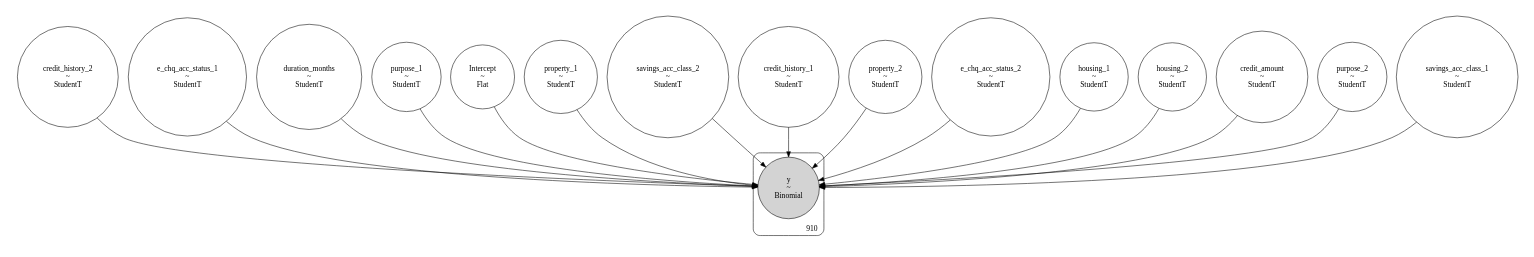
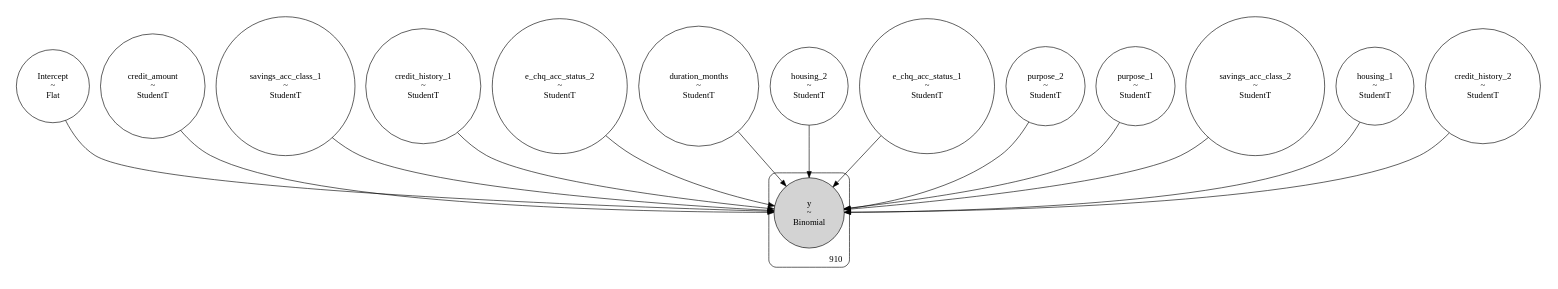
One commit to briefings/credit changed the diagram in warehouse/model/model.gv. Above: the diagram before and after it, drawn with Graphviz.

```diff
--- a/warehouse/model/model.gv
+++ b/warehouse/model/model.gv
@@ -1,70 +1,62 @@
 digraph {
 	graph [size="11.3,11.9"]
 	node [shape=circle]
-	credit_history_2 [label="credit_history_2
+	Intercept [label="Intercept
+~
+Flat"]
+	credit_amount [label="credit_amount
+~
+StudentT"]
+	savings_acc_class_1 [label="savings_acc_class_1
+~
+StudentT"]
+	credit_history_1 [label="credit_history_1
+~
+StudentT"]
+	e_chq_acc_status_2 [label="e_chq_acc_status_2
+~
+StudentT"]
+	duration_months [label="duration_months
+~
+StudentT"]
+	housing_2 [label="housing_2
 ~
 StudentT"]
 	e_chq_acc_status_1 [label="e_chq_acc_status_1
 ~
 StudentT"]
-	duration_months [label="duration_months
+	purpose_2 [label="purpose_2
 ~
 StudentT"]
 	purpose_1 [label="purpose_1
 ~
 StudentT"]
-	Intercept [label="Intercept
-~
-Flat"]
-	property_1 [label="property_1
-~
-StudentT"]
 	savings_acc_class_2 [label="savings_acc_class_2
-~
-StudentT"]
-	credit_history_1 [label="credit_history_1
-~
-StudentT"]
-	property_2 [label="property_2
-~
-StudentT"]
-	e_chq_acc_status_2 [label="e_chq_acc_status_2
 ~
 StudentT"]
 	housing_1 [label="housing_1
 ~
 StudentT"]
-	housing_2 [label="housing_2
-~
-StudentT"]
-	credit_amount [label="credit_amount
-~
-StudentT"]
-	purpose_2 [label="purpose_2
-~
-StudentT"]
-	savings_acc_class_1 [label="savings_acc_class_1
+	credit_history_2 [label="credit_history_2
 ~
 StudentT"]
 	subgraph cluster910 {
 		y [label="y
 ~
 Binomial" style=filled]
 		label=910 labeljust=r labelloc=b style=rounded
 	}
-	credit_history_2 -> y
-	e_chq_acc_status_1 -> y
-	purpose_1 -> y
-	duration_months -> y
 	Intercept -> y
-	property_1 -> y
-	housing_2 -> y
-	property_2 -> y
+	savings_acc_class_1 -> y
+	credit_amount -> y
 	credit_history_1 -> y
 	e_chq_acc_status_2 -> y
+	duration_months -> y
+	housing_2 -> y
+	e_chq_acc_status_1 -> y
 	savings_acc_class_2 -> y
+	purpose_1 -> y
+	purpose_2 -> y
 	housing_1 -> y
-	credit_amount -> y
-	purpose_2 -> y
-	savings_acc_class_1 -> y
+	credit_history_2 -> y
 }
```
